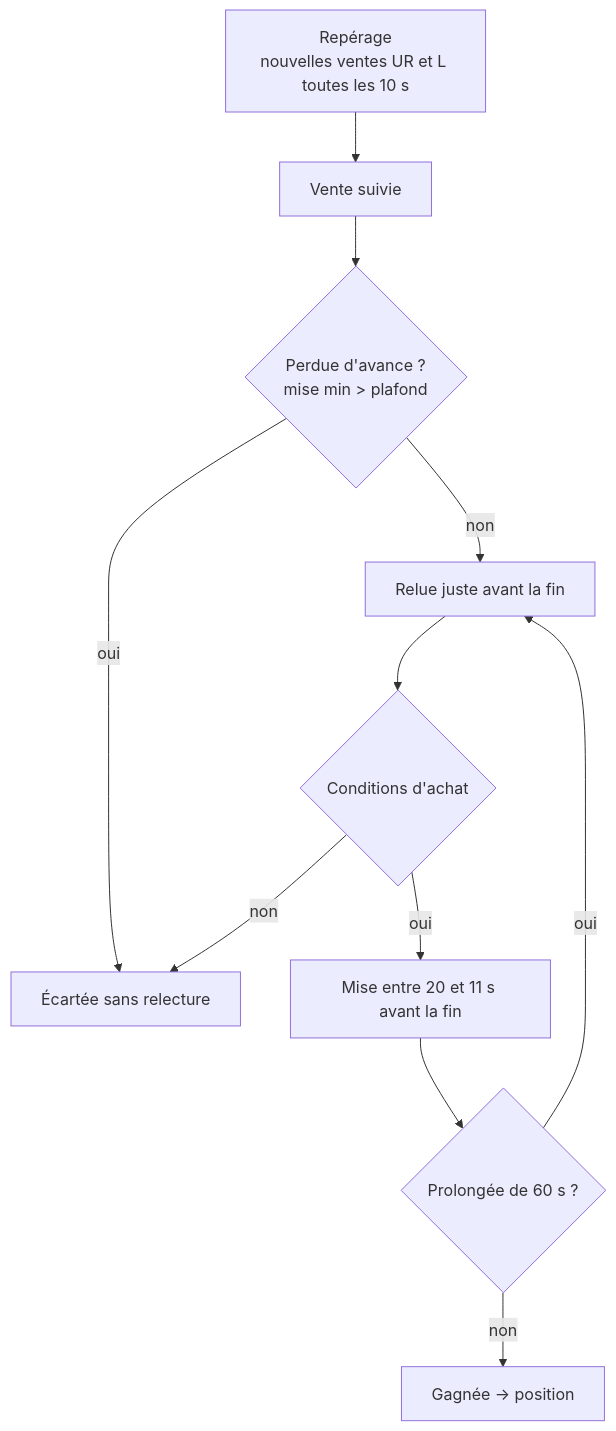
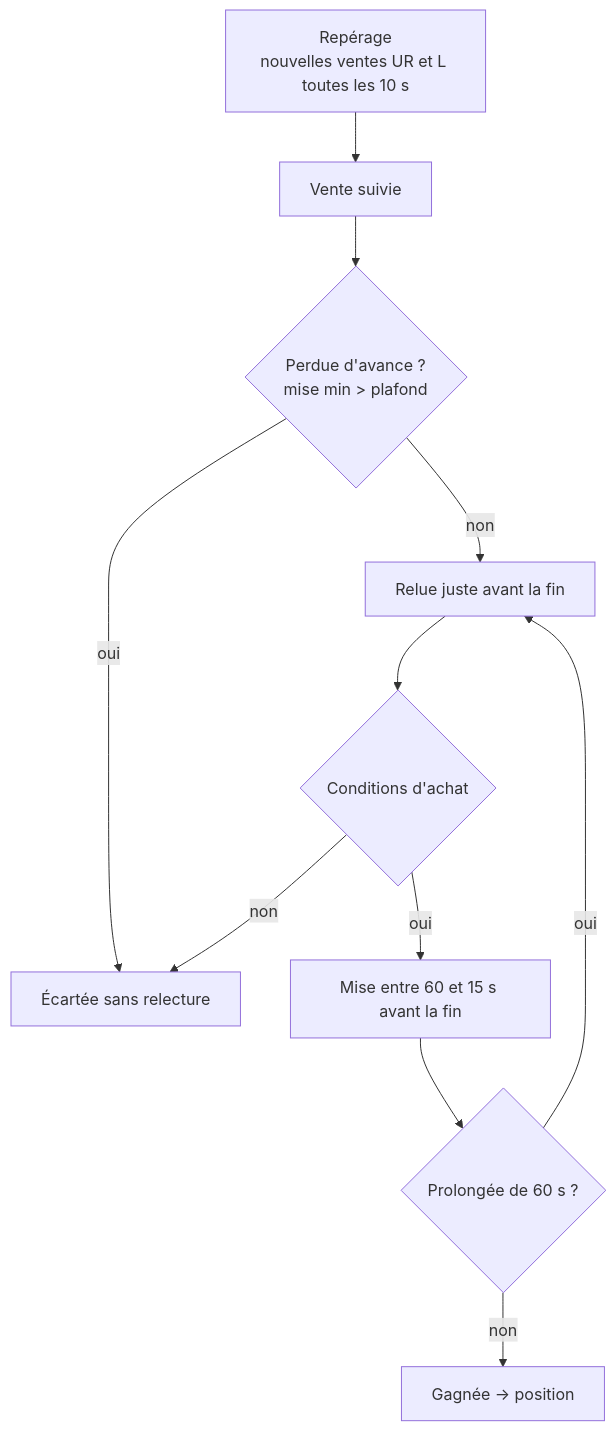
Before and after one commit to MaKSiiMe/WikiMastered: the third of 8 diagrams in docs/FONCTIONNEMENT.md, drawn with Mermaid. The commit also changed other lines of this file and 21 other files, not shown here.

````diff
--- a/docs/FONCTIONNEMENT.md
+++ b/docs/FONCTIONNEMENT.md
@@ -73,13 +77,13 @@
 ```mermaid
 flowchart TD
     A["Repérage<br/>nouvelles ventes UR et L toutes les 10 s"] --> B["Vente suivie"]
     B --> C{"Perdue d'avance ?<br/>mise min > plafond"}
     C -->|oui| X["Écartée sans relecture"]
     C -->|non| D["Relue juste avant la fin"]
     D --> E{"Conditions d'achat"}
     E -->|non| X
-    E -->|oui| F["Mise entre 20 et 11 s avant la fin"]
+    E -->|oui| F["Mise entre 60 et 15 s avant la fin"]
     F --> G{"Prolongée de 60 s ?"}
     G -->|oui| D
     G -->|non| H["Gagnée → position"]
 ```
````
